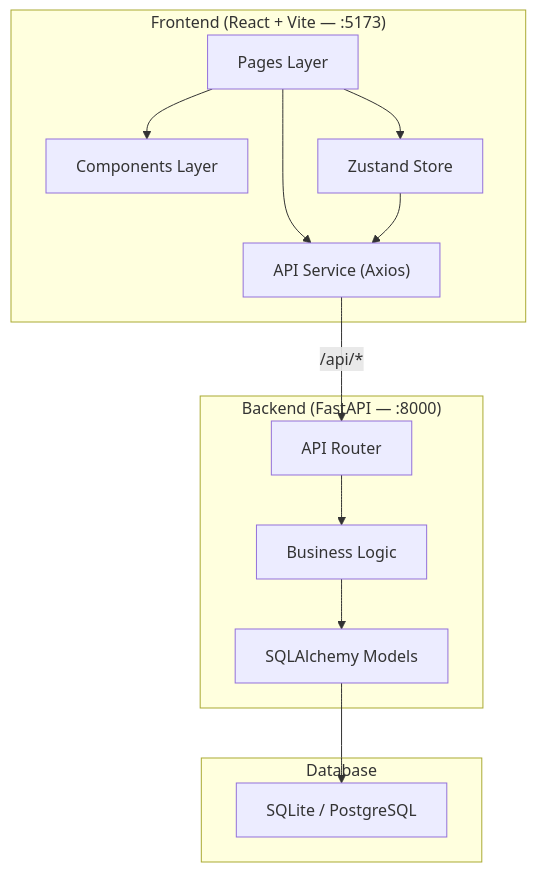
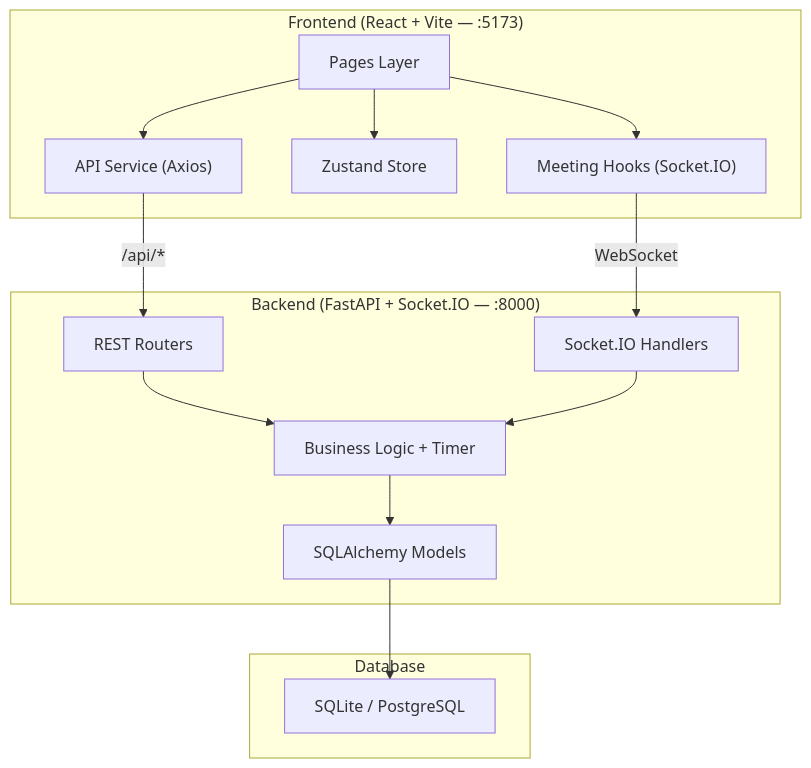
The first of 5 diagrams in README.md (umangjzx/Focus-Sessions-Melodywings), drawn with Mermaid before and after one commit. The commit also changed other lines of this file and 364 other files, not shown here.

````diff
--- a/README.md
+++ b/README.md
@@ -90,28 +97,30 @@
 ```mermaid
 graph TB
     subgraph Frontend ["Frontend (React + Vite — :5173)"]
         Pages["Pages Layer"]
-        Components["Components Layer"]
+        Hooks["Meeting Hooks (Socket.IO)"]
         Store["Zustand Store"]
         API["API Service (Axios)"]
     end
 
-    subgraph Backend ["Backend (FastAPI — :8000)"]
-        Routes["API Router"]
-        Services["Business Logic"]
+    subgraph Backend ["Backend (FastAPI + Socket.IO — :8000)"]
+        Routes["REST Routers"]
+        Sockets["Socket.IO Handlers"]
+        Services["Business Logic + Timer"]
         Models["SQLAlchemy Models"]
     end
 
     subgraph Database ["Database"]
-        SQLite["SQLite / PostgreSQL"]
+        DB["SQLite / PostgreSQL"]
     end
 
-    Pages --> Components
+    Pages --> Hooks
     Pages --> Store
     Pages --> API
-    Store --> API
+    Hooks -->|WebSocket| Sockets
     API -->|"/api/*"| Routes
     Routes --> Services
+    Sockets --> Services
     Services --> Models
-    Models --> SQLite
+    Models --> DB
 ```
````
